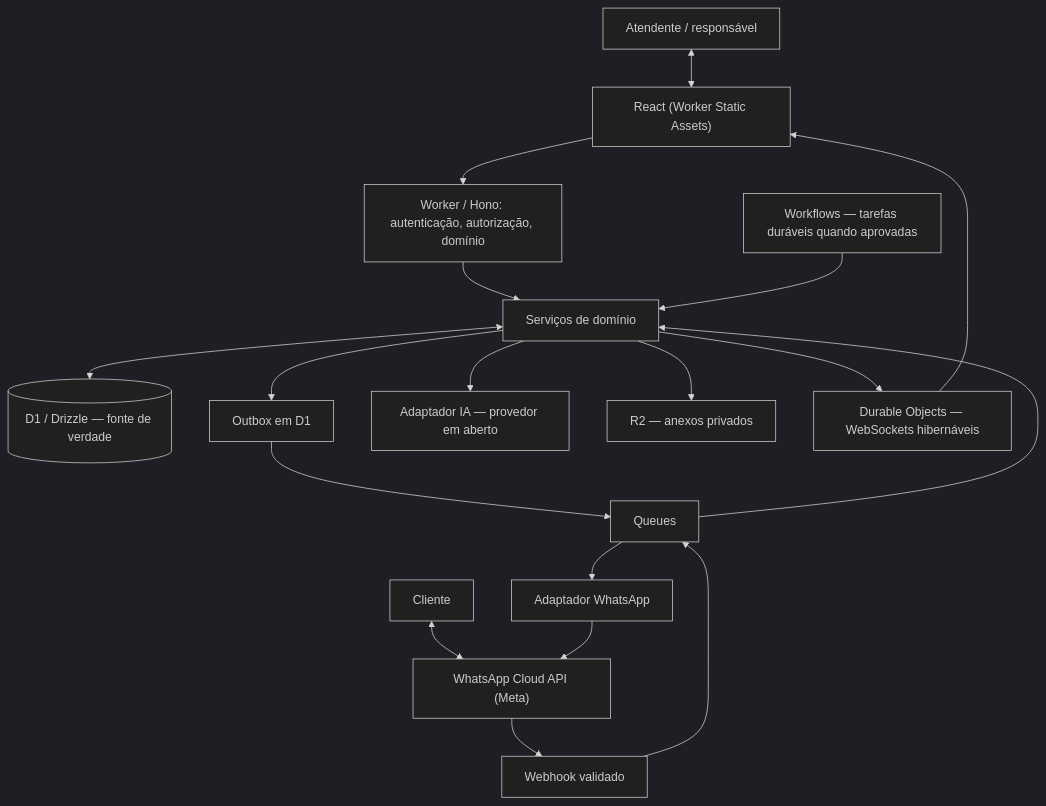
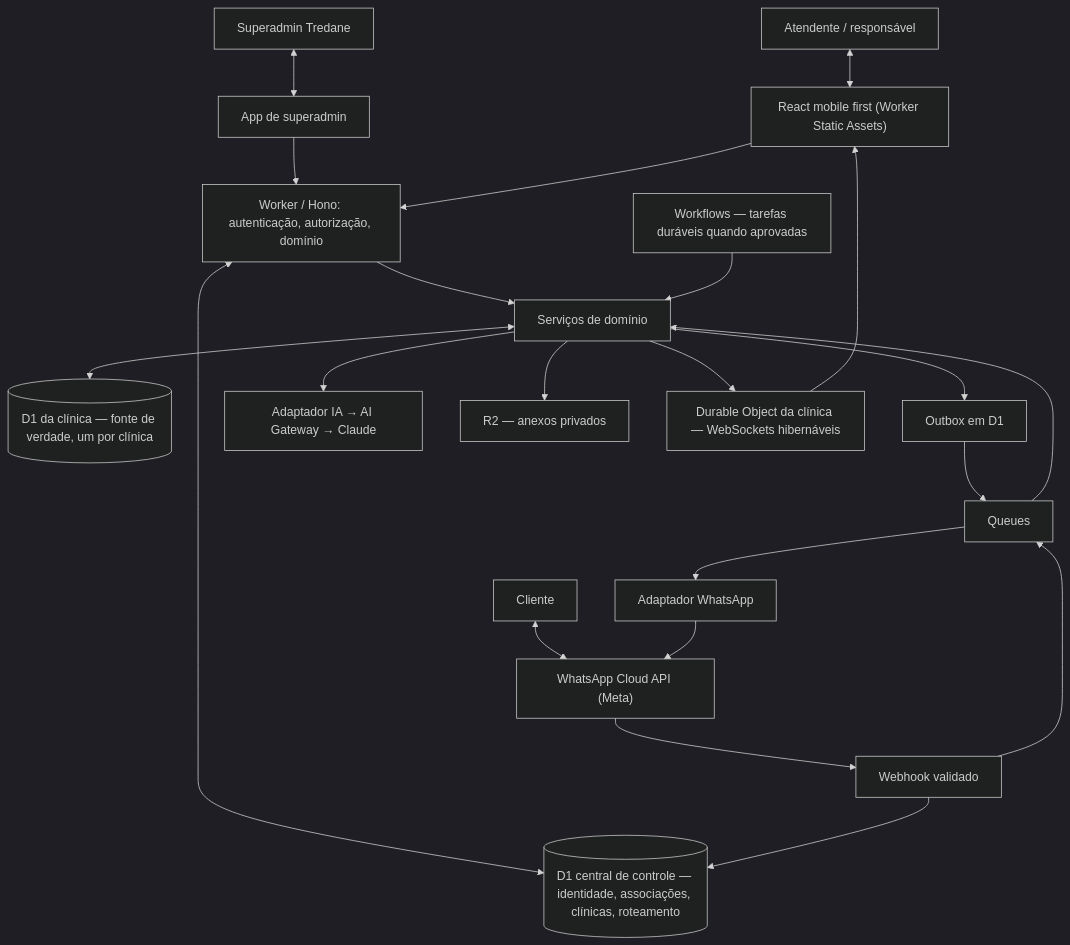
The diagram in docs/architecture/overview.md (intentzero/tredane), drawn with Mermaid (dark theme) before and after one commit. The commit also changed other lines of this file and 19 other files, not shown here.

````diff
--- a/docs/architecture/overview.md
+++ b/docs/architecture/overview.md
@@ -11,20 +11,24 @@
 ```mermaid
 flowchart TD
-  Human["Atendente / responsável"] <--> UI["React (Worker Static Assets)"]
+  Human["Atendente / responsável"] <--> UI["React mobile first (Worker Static Assets)"]
+  Ops["Superadmin Tredane"] <--> SA["App de superadmin"]
+  SA --> API
   Customer["Cliente"] <--> Meta["WhatsApp Cloud API (Meta)"]
   UI --> API["Worker / Hono: autenticação, autorização, domínio"]
   Meta --> Hooks["Webhook validado"]
   Hooks --> Queue["Queues"]
   Queue --> Domain["Serviços de domínio"]
   API --> Domain
-  Domain <--> DB[("D1 / Drizzle — fonte de verdade")]
+  API <--> CP[("D1 central de controle — identidade, associações, clínicas, roteamento")]
+  Hooks --> CP
+  Domain <--> DB[("D1 da clínica — fonte de verdade, um por clínica")]
   Domain --> Outbox["Outbox em D1"]
   Outbox --> Queue
   Queue --> Sender["Adaptador WhatsApp"]
   Sender --> Meta
-  Domain --> AI["Adaptador IA — provedor em aberto"]
+  Domain --> AI["Adaptador IA → AI Gateway → Claude"]
   Domain --> R2["R2 — anexos privados"]
-  Domain --> DO["Durable Objects — WebSockets hibernáveis"]
+  Domain --> DO["Durable Object da clínica — WebSockets hibernáveis"]
   DO --> UI
   Work["Workflows — tarefas duráveis quando aprovadas"] --> Domain
 ```
````
